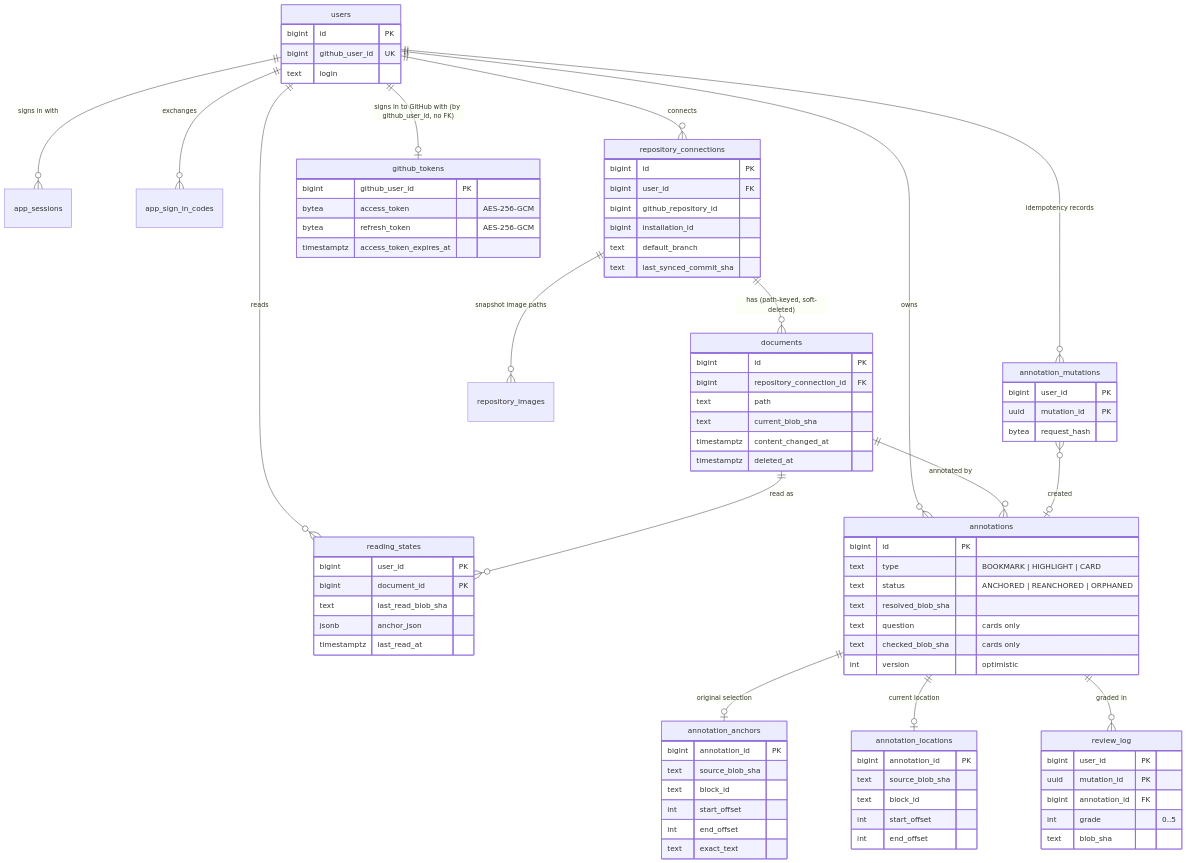
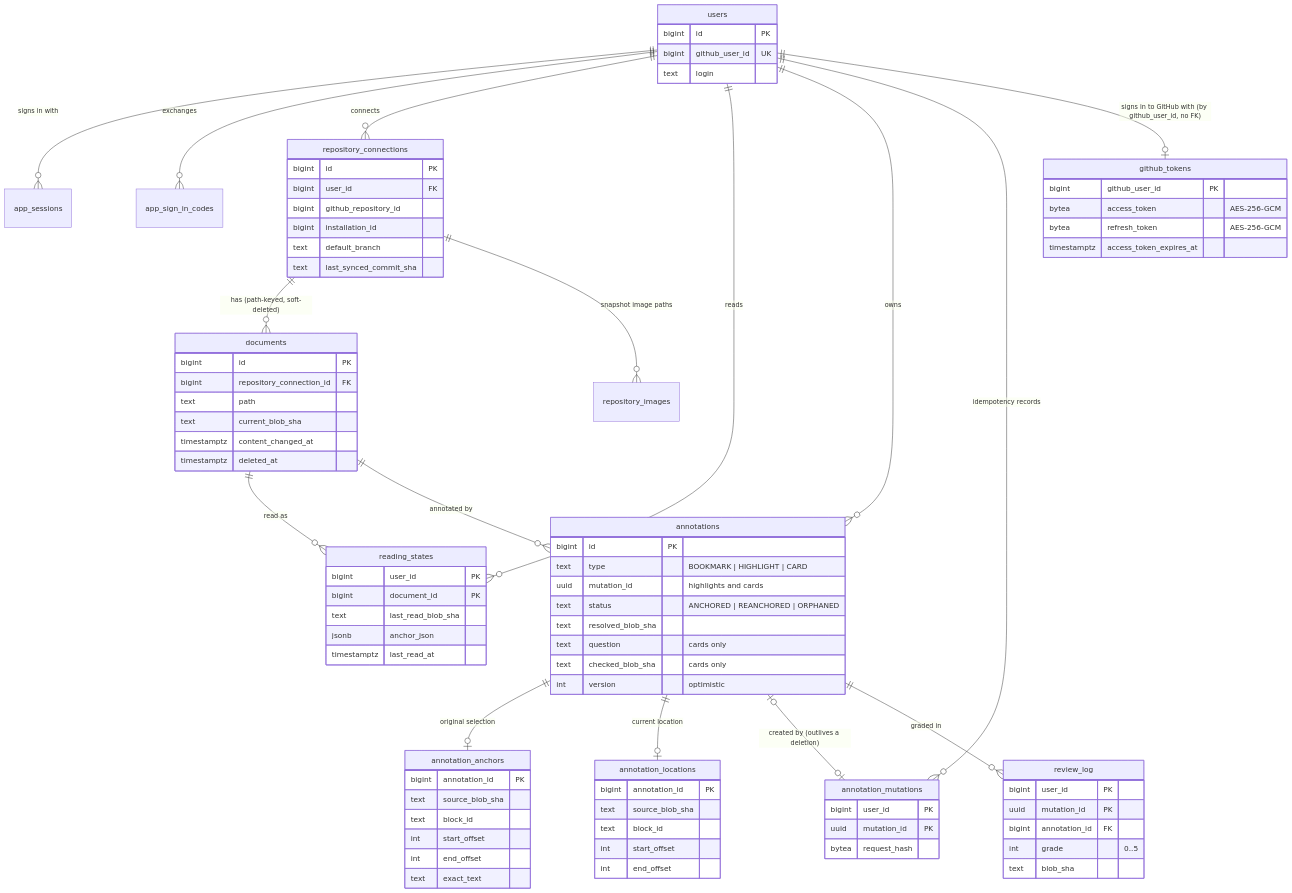
Before and after one commit to jaxwong/reporead: the fourth of 12 diagrams in docs/architecture.md, drawn with Mermaid. The commit also changed 6 other files, not shown here.

First line of the commit message:
Store each annotation's mutation id on the annotation

```diff
--- a/docs/architecture.md
+++ b/docs/architecture.md
@@ -166,7 +166,7 @@
     annotations ||--o| annotation_anchors : "original selection"
     annotations ||--o| annotation_locations : "current location"
     users ||--o{ annotation_mutations : "idempotency records"
-    annotation_mutations }o--o| annotations : created
+    annotations |o--o| annotation_mutations : "created by (outlives a deletion)"
     annotations ||--o{ review_log : "graded in"
     users ||--o| github_tokens : "signs in to GitHub with (by github_user_id, no FK)"
 
@@ -207,6 +207,7 @@
     annotations {
         bigint id PK
         text type "BOOKMARK | HIGHLIGHT | CARD"
+        uuid mutation_id "highlights and cards"
         text status "ANCHORED | REANCHORED | ORPHANED"
         text resolved_blob_sha
         text question "cards only"
```
